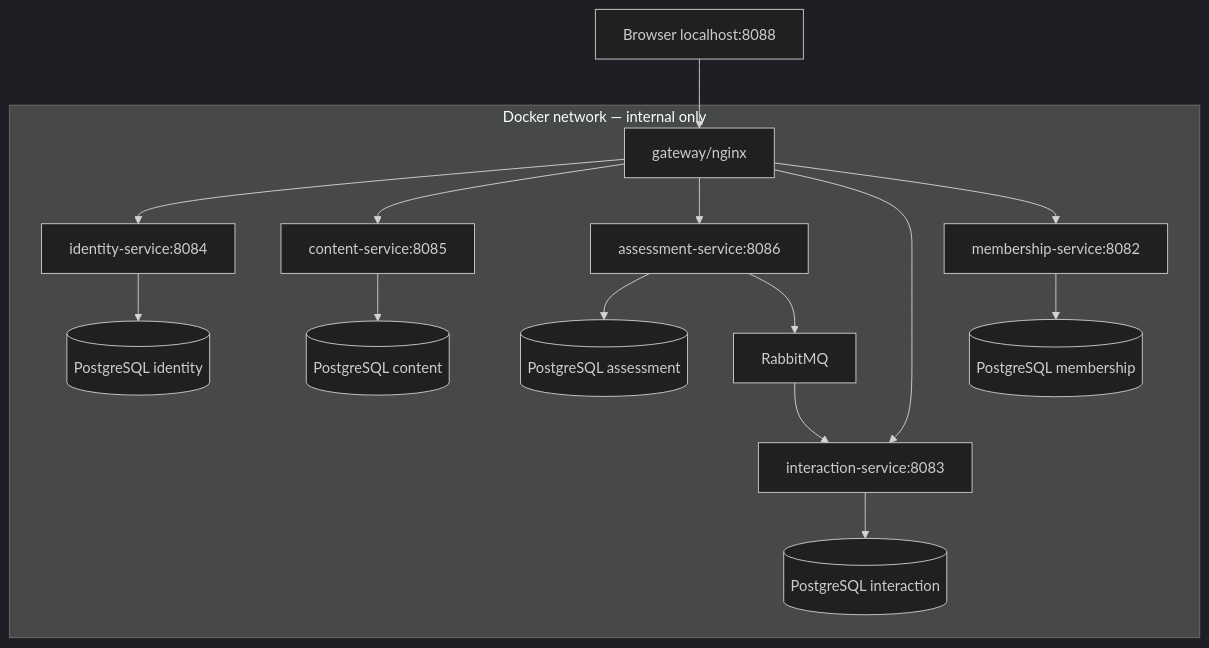
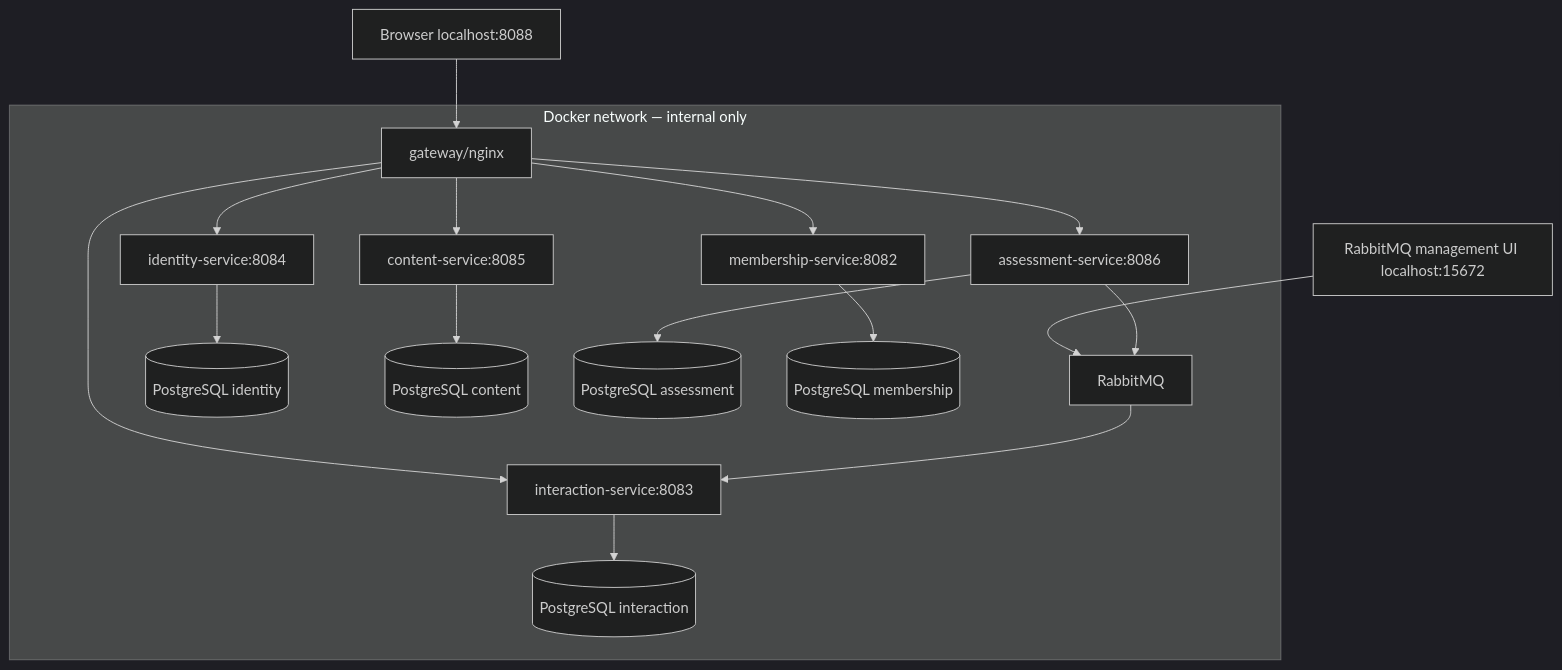
Before and after one commit to chienvoxn/toeic-learning-platform-microservices: the fifth of 5 diagrams in docs/EXAM_ARCHITECTURE.md, drawn with Mermaid (dark theme). The commit also changed other lines of this file and 4 other files, not shown here.

Commit message:
docs(architecture): document assessment DDD and architecture decisions

````diff
--- a/docs/EXAM_ARCHITECTURE.md
+++ b/docs/EXAM_ARCHITECTURE.md
@@ -137,18 +162,19 @@
 ```mermaid
 flowchart TB
  Browser[Browser localhost:8088] --> NG["gateway/nginx"]
+ Monitor["RabbitMQ management UI localhost:15672"] --> Rabbit
  subgraph Docker[Docker network — internal only]
   NG --> I[identity-service:8084]
   NG --> C[content-service:8085]
   NG --> A[assessment-service:8086]
   NG --> X[interaction-service:8083]
   NG --> M[membership-service:8082]
   I --> Idb[(PostgreSQL identity)]
   C --> Cdb[(PostgreSQL content)]
   A --> Adb[(PostgreSQL assessment)]
   X --> Xdb[(PostgreSQL interaction)]
   M --> Mdb[(PostgreSQL membership)]
   A --> Rabbit[RabbitMQ]
   Rabbit --> X
  end
 ```
````
